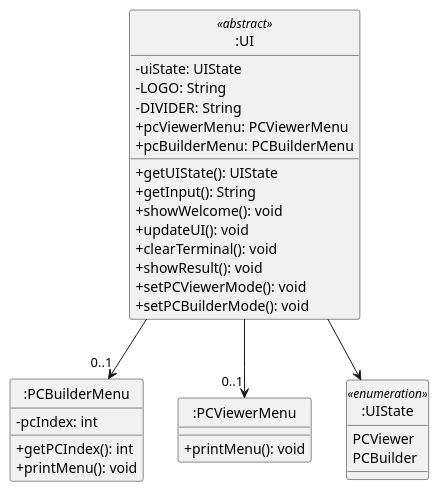
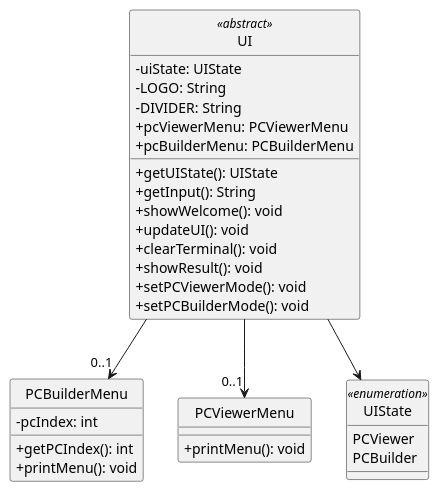
Before and after one commit to typingpanda/tp: the diagram in docs/uml-source/UIClassDiagram.puml, drawn with PlantUML. The commit also changed 6 other files, not shown here.

Commit message:
Fix correctness of diagrams in DG

```diff
--- a/docs/uml-source/UIClassDiagram.puml
+++ b/docs/uml-source/UIClassDiagram.puml
@@ -1,47 +1,47 @@
 @startuml
 skinparam classAttributeIconSize 0
 
-class ":UI" as UI
-class ":PCBuilderMenu" as PCBuilderMenu
-class ":PCViewerMenu" as PCViewerMenu
-class ":UIState" as UIState
+class "UI" as UI
+class "PCBuilderMenu" as PCBuilderMenu
+class "PCViewerMenu" as PCViewerMenu
+class "UIState" as UIState
 
 class UI <<abstract>> {
     -uiState: UIState
     -LOGO: String
     -DIVIDER: String
     +pcViewerMenu: PCViewerMenu
     +pcBuilderMenu: PCBuilderMenu
 
     +getUIState(): UIState
     +getInput(): String
     +showWelcome(): void
     +updateUI(): void
     +clearTerminal(): void
     +showResult(): void
     +setPCViewerMode(): void
     +setPCBuilderMode(): void
 }
 
 class PCBuilderMenu {
     -pcIndex: int
     +getPCIndex(): int
     +printMenu(): void
 }
 
 class PCViewerMenu {
     +printMenu(): void
 }
 
 class UIState <<enumeration>> {
     PCViewer
     PCBuilder
 }
 
 UI --> "0..1" PCBuilderMenu
 UI --> "0..1" PCViewerMenu 
 UI --> UIState
 
 hide class circle
 
 @enduml
```
